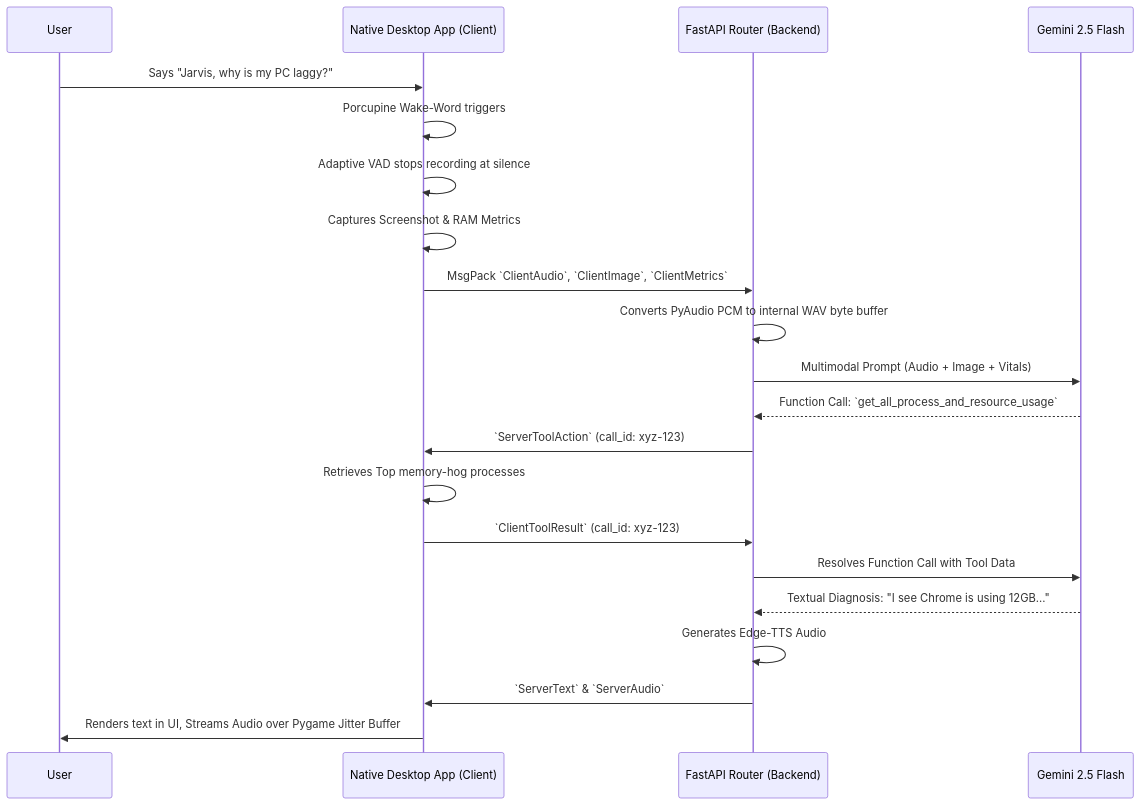
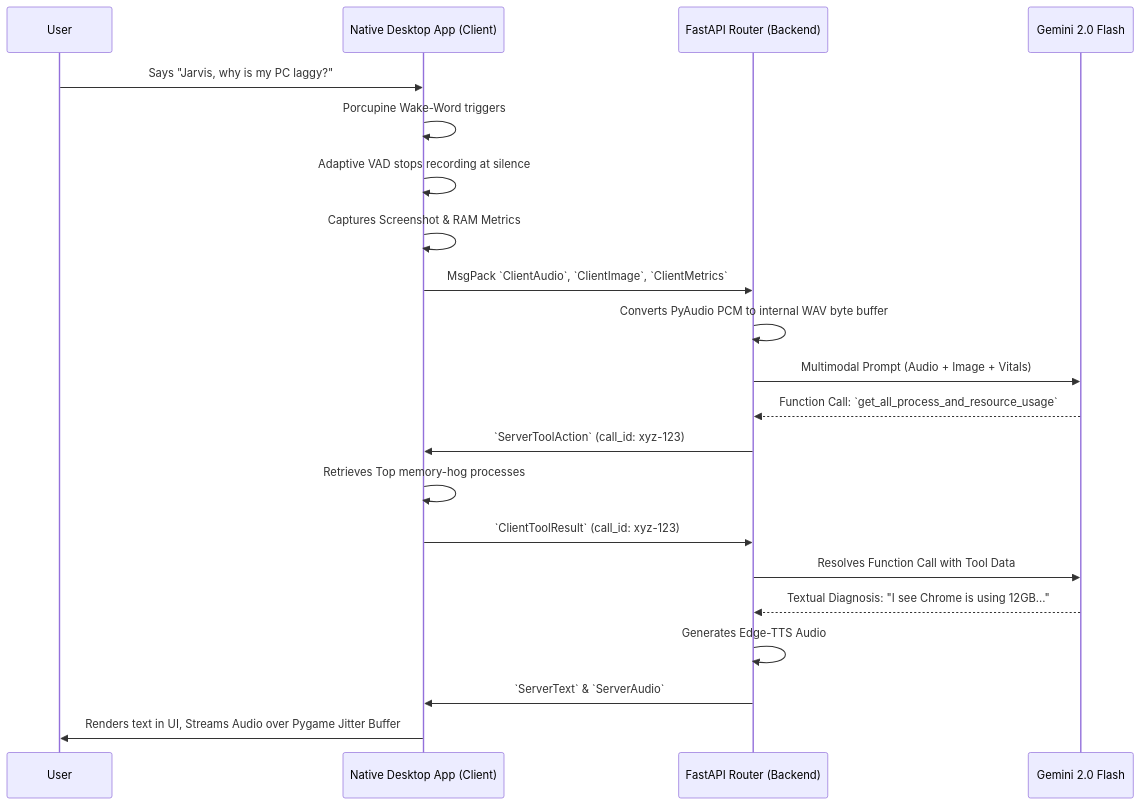
One commit to SaiSakthidar/Syso changed the diagram in README.md. Above: the diagram before and after it, drawn with Mermaid. The commit also changed other lines of this file and 13 other files, not shown here.

````diff
--- a/README.md
+++ b/README.md
@@ -31,29 +31,29 @@
 ```mermaid
 sequenceDiagram
     participant User
     participant App as Native Desktop App (Client)
     participant WS as FastAPI Router (Backend)
-    participant AI as Gemini 2.5 Flash
+    participant AI as Gemini 2.0 Flash
 
     User->>App: Says "Jarvis, why is my PC laggy?"
     App->>App: Porcupine Wake-Word triggers
     App->>App: Adaptive VAD stops recording at silence
     App->>App: Captures Screenshot & RAM Metrics
     App->>WS: MsgPack `ClientAudio`, `ClientImage`, `ClientMetrics`
     
     WS->>WS: Converts PyAudio PCM to internal WAV byte buffer
     WS->>AI: Multimodal Prompt (Audio + Image + Vitals)
     
     AI-->>WS: Function Call: `get_all_process_and_resource_usage`
     WS->>App: `ServerToolAction` (call_id: xyz-123)
     
     App->>App: Retrieves Top memory-hog processes
     App->>WS: `ClientToolResult` (call_id: xyz-123)
     
     WS->>AI: Resolves Function Call with Tool Data
     AI-->>WS: Textual Diagnosis: "I see Chrome is using 12GB..."
     
     WS->>WS: Generates Edge-TTS Audio
     WS->>App: `ServerText` & `ServerAudio`
     App->>User: Renders text in UI, Streams Audio over Pygame Jitter Buffer
 ```
````
